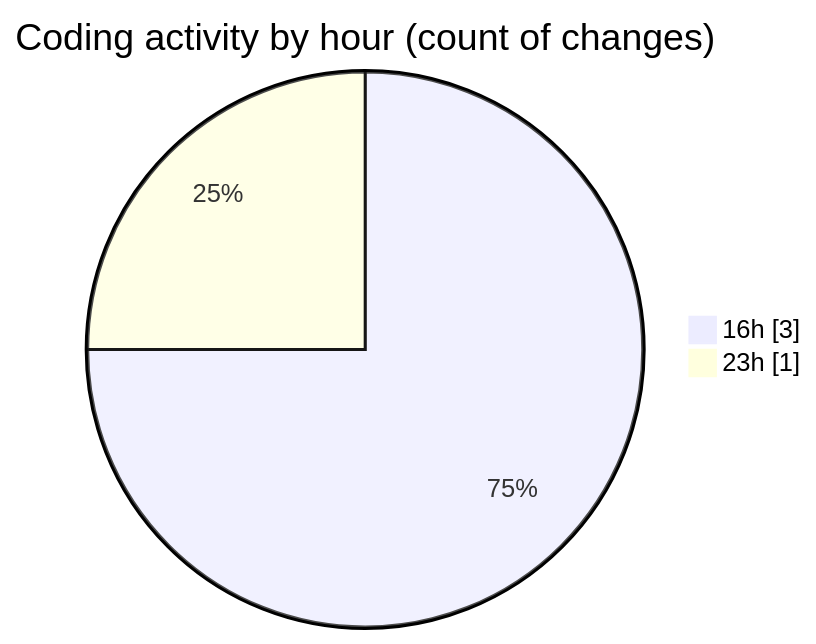
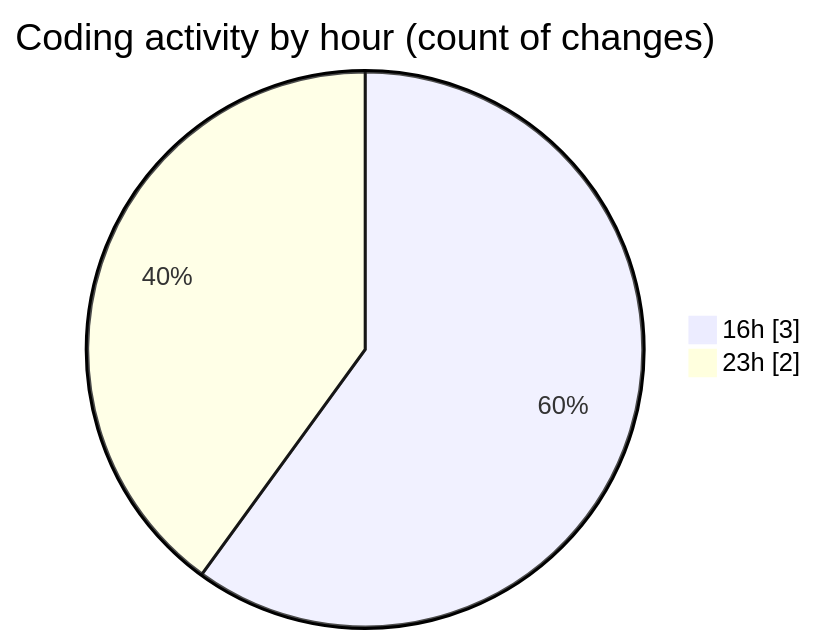
The second of 2 diagrams in 2025-02-09/react_ecom/README.md (Elitesun/code-tracking), drawn with Mermaid before and after one commit. The commit also changed other lines of this file and 1 other file, not shown here.

````diff
--- a/2025-02-09/react_ecom/README.md
+++ b/2025-02-09/react_ecom/README.md
@@ -31,6 +32,6 @@
 ```mermaid
 pie showData
 title Coding activity by hour (count of changes)
 "16h" : 3
-"23h" : 1
+"23h" : 2
 ```
````
